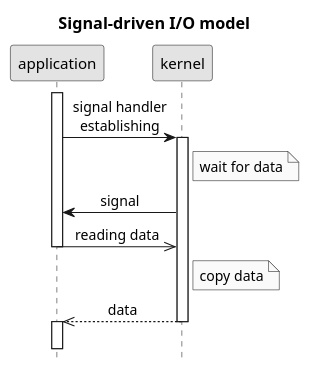
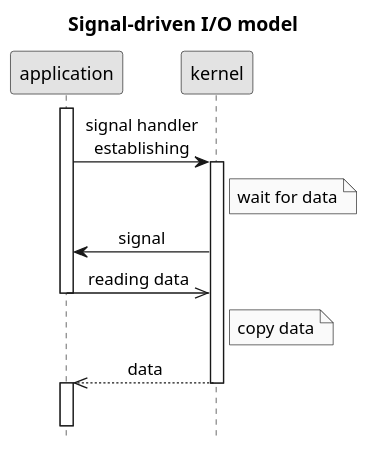
Before and after one commit to c0p4c4b4n4/demo-sockets-io-nio-nio2: the diagram in .images/signal-driven IO model.puml, drawn with PlantUML. The commit also changed 9 other files, not shown here.

```diff
--- a/.images/signal-driven IO model.puml
+++ b/.images/signal-driven IO model.puml
@@ -1,21 +1,22 @@
 @startuml
 title Signal-driven I/O model
+scale 1.2
 hide footbox
 skinparam monochrome true
 skinparam defaultFontName Microsoft Sans Serif
 skinparam titleFontSize 15
 skinparam sequenceMessageAlign center
 activate application
 application->kernel: signal handler\nestablishing
 activate kernel
 Note right of kernel: wait for data
 kernel->application: signal
 application->>kernel: reading data
 deactivate application
 Note right of kernel: copy data
 kernel-->>application: data
 deactivate kernel
 activate application
-||2||
+||10||
 kernel -[#white]->]
 @enduml
```
